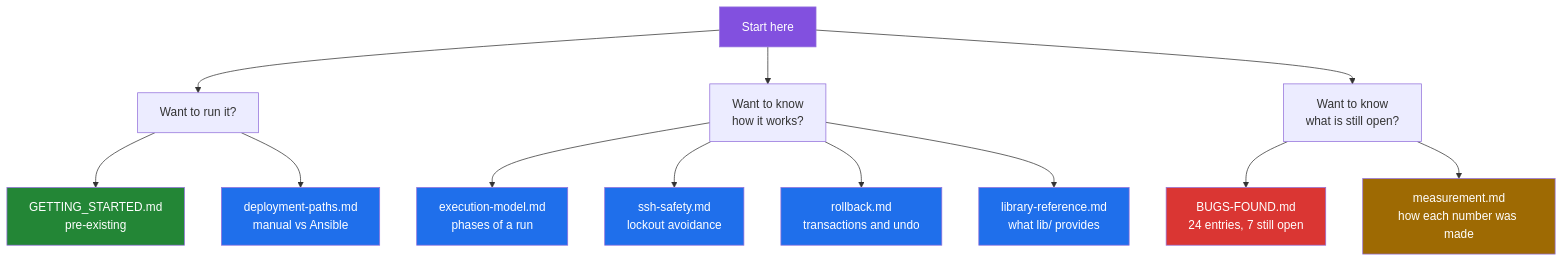
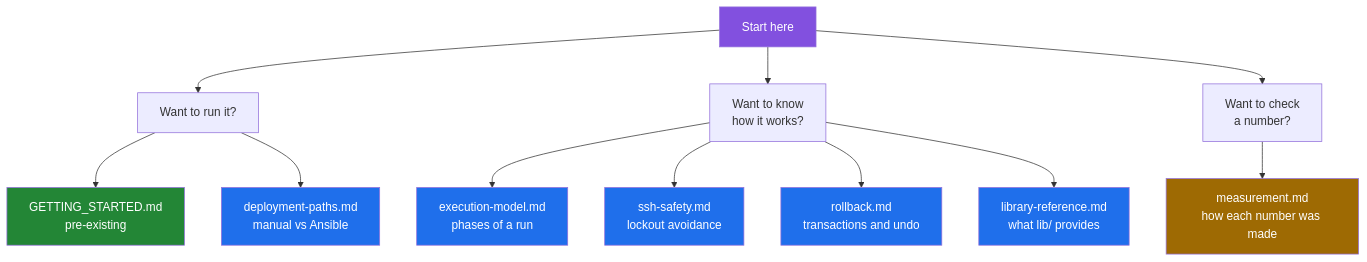
The diagram in docs/README.md (Bissbert/POSIX-hardening), drawn with Mermaid before and after one commit. The commit also changed other lines of this file and 6 other files, not shown here.

First line of the commit message:
docs: remove BUGS-FOUND.md, now tracked as GitHub issues

````diff
--- a/docs/README.md
+++ b/docs/README.md
@@ -16,29 +17,27 @@
 ```mermaid
 flowchart TD
     START["Start here"]
 
     START --> Q1["Want to run it?"]
     START --> Q2["Want to know<br/>how it works?"]
-    START --> Q3["Want to know<br/>what is still open?"]
+    START --> Q3["Want to check<br/>a number?"]
 
     Q1 --> GS["GETTING_STARTED.md<br/>pre-existing"]
     Q1 --> DP["deployment-paths.md<br/>manual vs Ansible"]
 
     Q2 --> EM["execution-model.md<br/>phases of a run"]
     Q2 --> SS["ssh-safety.md<br/>lockout avoidance"]
     Q2 --> RB["rollback.md<br/>transactions and undo"]
     Q2 --> LR["library-reference.md<br/>what lib/ provides"]
 
-    Q3 --> BF["BUGS-FOUND.md<br/>24 entries, 7 still open"]
     Q3 --> MS["measurement.md<br/>how each number was made"]
 
     style START fill:#8250df,color:#fff
     style EM fill:#1f6feb,color:#fff
     style SS fill:#1f6feb,color:#fff
     style RB fill:#1f6feb,color:#fff
     style LR fill:#1f6feb,color:#fff
     style DP fill:#1f6feb,color:#fff
-    style BF fill:#da3633,color:#fff
     style MS fill:#9e6a03,color:#fff
     style GS fill:#238636,color:#fff
 ```
````
